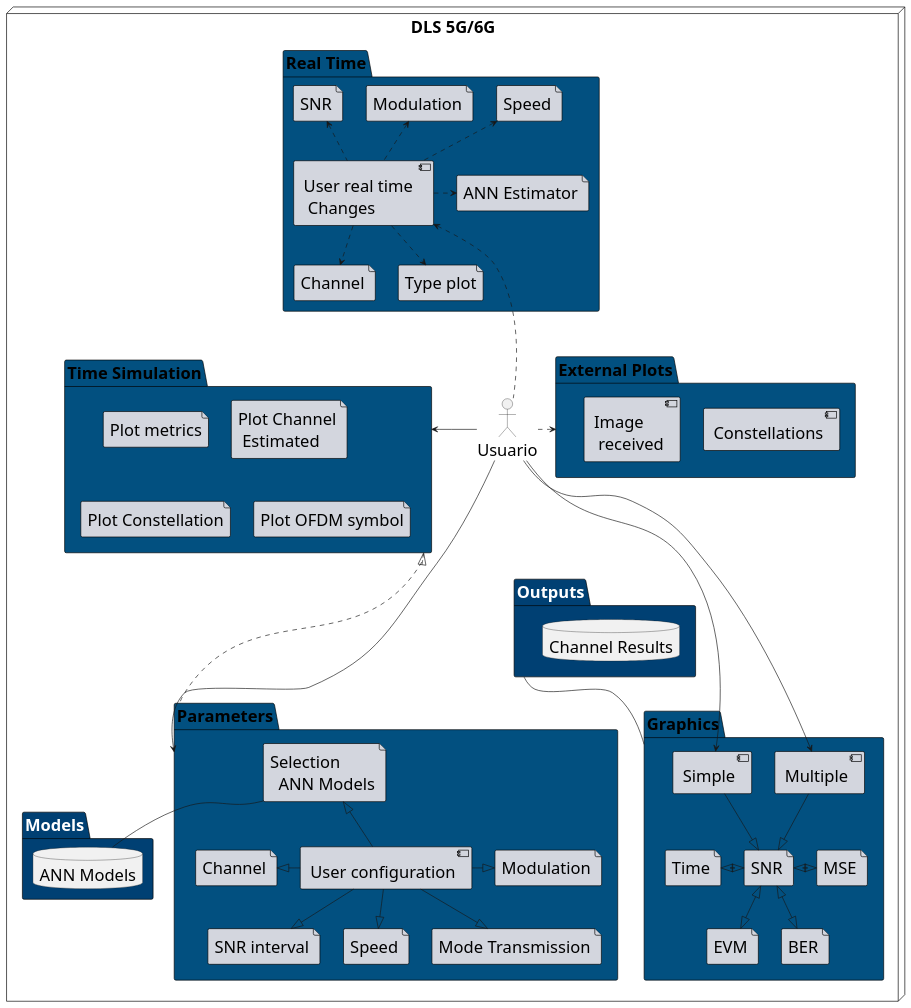
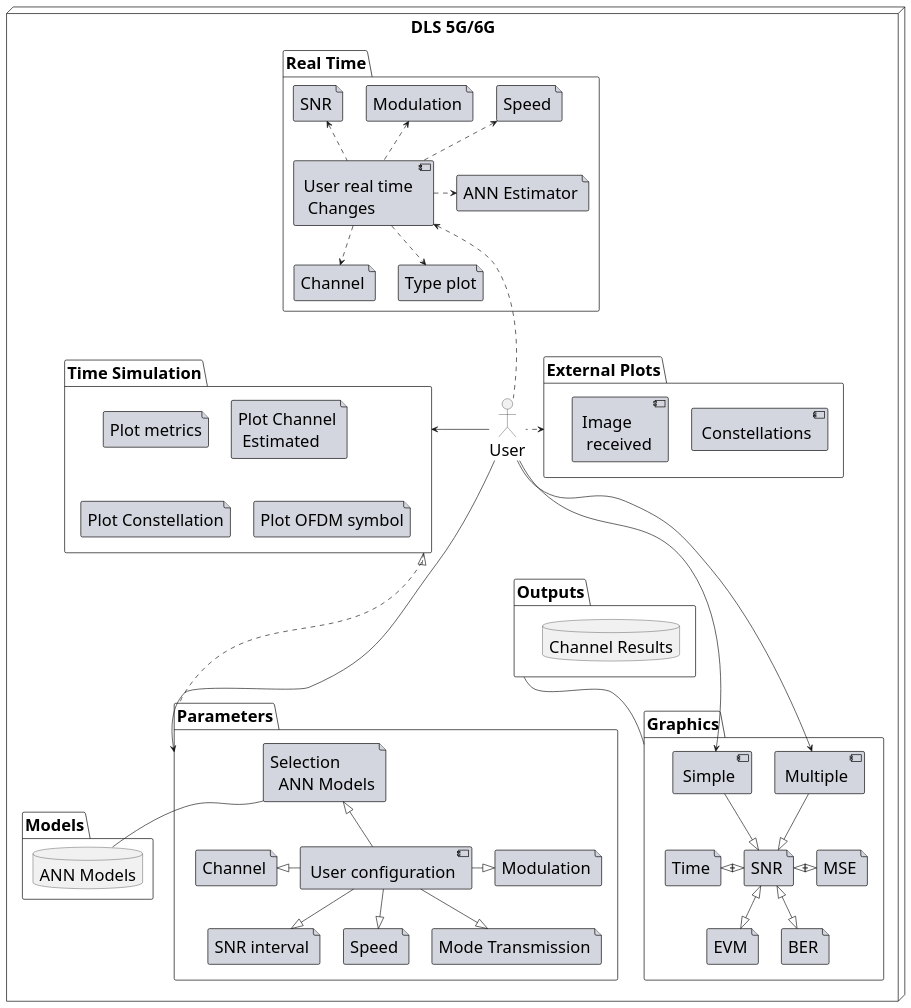
One commit to MiguelAFuentesR/5GNR changed the diagram in Doc/App.plantuml. Above: the diagram before and after it, drawn with PlantUML. The commit also changed 16 other files, not shown here.

```diff
--- a/Doc/App.plantuml
+++ b/Doc/App.plantuml
@@ -1,155 +1,155 @@
 @startuml App
 
 'left to right direction
 top to bottom direction
 
 skinparam defaultFontName Segoe UI
 skinparam defaultFontSize 25
 'scale 1800*1800
 
 <style>
 node {
   Fontcolor #000000
   LineThickness 1
   LineColor black
 }
 folder {
-  Fontcolor  #FFFFFF
-  BackGroundColor #004073
+  Fontcolor  #000000
+  'BackGroundColor #004073
   LineThickness 1
   LineColor black
 }
 package {
-  BackGroundColor #025080
+  'BackGroundColor #025080
   LineThickness 1
   LineColor black
 }
 
 file {
   BackGroundColor #d3d6de
   LineThickness 1
   LineColor black
 }
 
 component{
   BackGroundColor #d3d6de
   LineThickness 1
   LineColor black
 }
 </style>
 
 node "DLS 5G/6G" as "n1"{
 
 
 
-  actor Usuario as User
+  actor User as User
 
 
   package "Parameters" as parameters{
 
     [User configuration]  as us_config
     file "Channel " as f1
     file "Modulation " as f2
     file "SNR interval " as f3
     file "Speed " as f4
     file "Mode Transmission " as f5
     file "Selection \n  ANN Models " as f6
   }
 
 
 
   package "External Plots" as plots{
     [Constellations]
     [Image \n received]
   }
 
   package "Real Time" as real_time{
     [User real time \n Changes] as real_changes
     file "Speed " as vel
     file "Channel " as cha
     file "Modulation " as mod
     file "SNR " as snr
     file "ANN Estimator " as ann
     file "Type plot" as type
   }
   package "Time Simulation" as time_simu{
 
      file "Plot metrics" as f7
     file "Plot Channel \n Estimated " as f8
     file "Plot Constellation" as f9
     file "Plot OFDM symbol" as f10
  
  
   }
   folder "Models" as Models{
     database "ANN Models" as "Results"{
     }
 
   }
 
     folder "Outputs" as output{
     database "Channel Results" as "Results_channels"{
     }
 
   }
 
     package "Graphics" as graphics{
     [Multiple]
     [Simple]
 
     file "EVM " as EVM
 
     file "BER " as BER
 
     file "SNR " as SNR
 
     file "MSE " as MSE
     file "Time " as Time
   }
 
 }
 
 real_changes .up.> snr
 real_changes .up.> mod
 real_changes .up.> vel
 real_changes .right.> ann
 real_changes .down.> type
 real_changes .down.> cha
 
 
 User ..up..> real_changes
 User --left....> plots
 
 User ----> parameters
 
 User ----> Multiple
 User ----> Simple
 
 User ---left---> time_simu
 
 
 
 parameters ..up--^ time_simu
 
 us_config -left-^ f1
 us_config -right-^ f2
 us_config -down-^ f3
 us_config -down-^ f4
 us_config -down-^ f5
 us_config -up-^ f6
 
 f6 --  Results
 graphics -up-  output
 
 
 Simple  --^ SNR
 Multiple  --^ SNR
 EVM ^-up-^ SNR
 BER ^-up-^ SNR
 MSE ^-left-^ SNR
 Time ^-right-^ SNR
 
 
 'graphics -[hidden]- parameters
 
 @enduml
```
